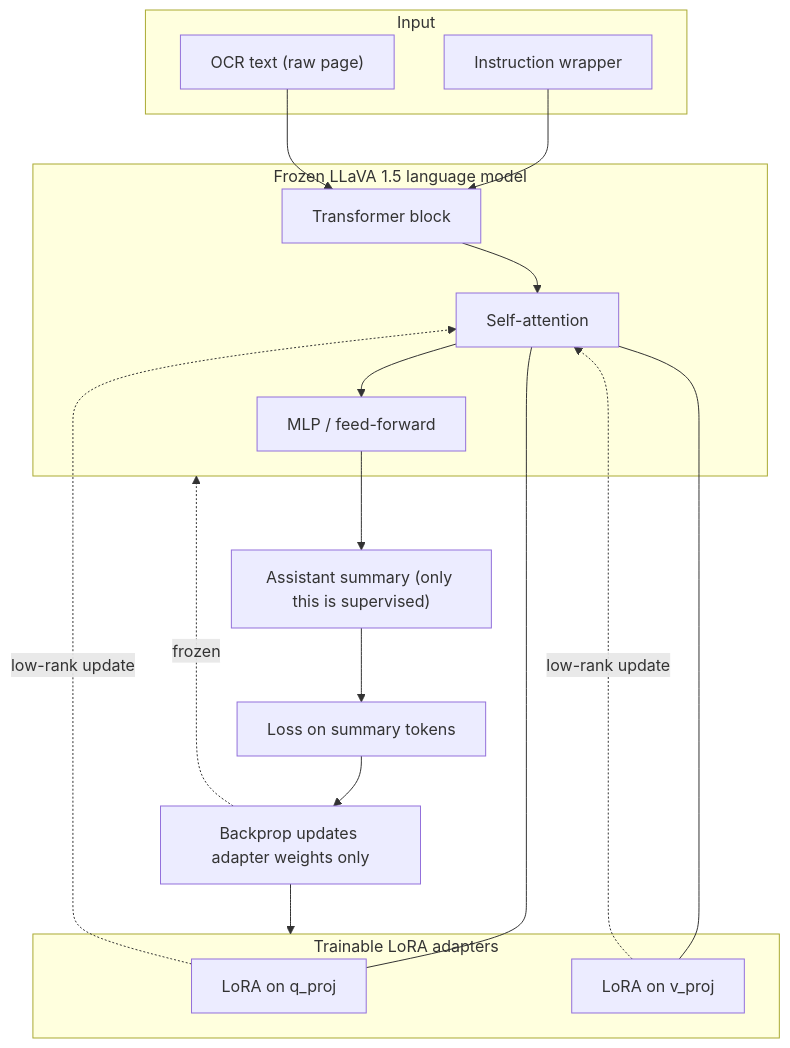
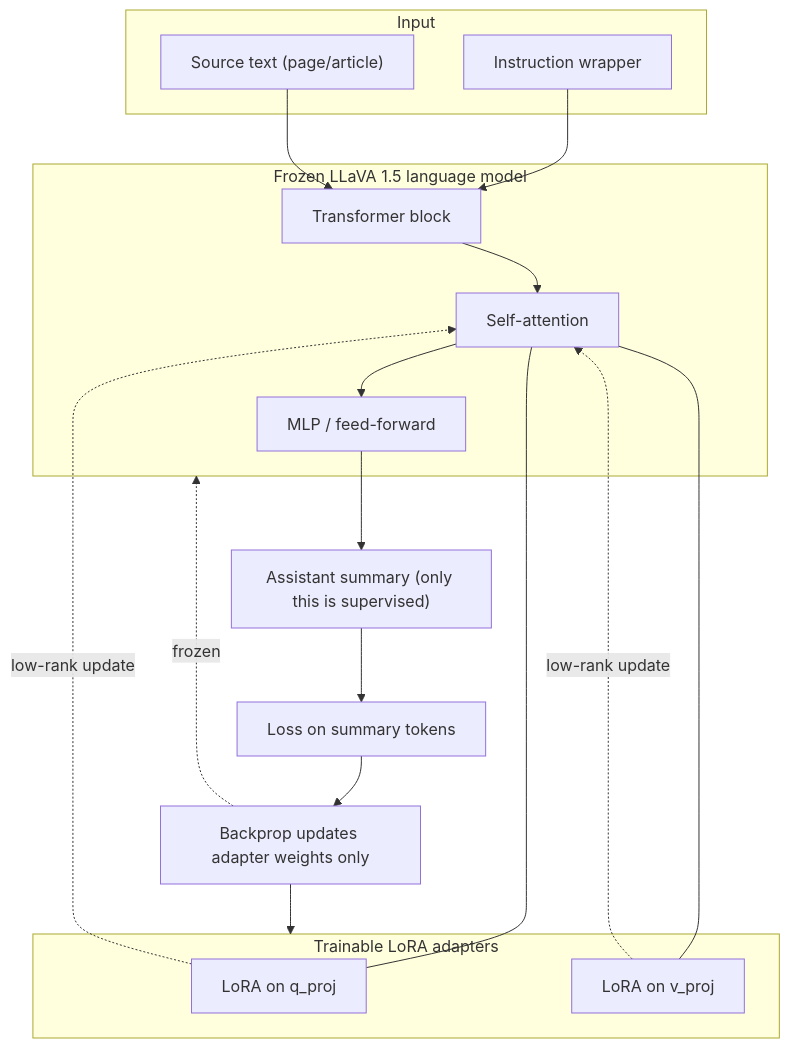
Before and after one commit to vecnode/training: the first of 2 diagrams in fine-tuning/llava15-lora/README.md, drawn with Mermaid. The commit also changed other lines of this file and 8 other files, not shown here.

First line of the commit message:
Rename OCR-specific naming to generic source-text naming in llava15-lora

````diff
--- a/fine-tuning/llava15-lora/README.md
+++ b/fine-tuning/llava15-lora/README.md
@@ -135,32 +133,32 @@
 ```mermaid
 flowchart TB
 	subgraph Input
-		T1["OCR text (raw page)"]
+		T1["Source text (page/article)"]
 		I1["Instruction wrapper"]
 	end
 
 	subgraph FrozenBase["Frozen LLaVA 1.5 language model"]
 		B1[Transformer block]
 		A1[Self-attention]
 		F1[MLP / feed-forward]
 	end
 
 	subgraph Trainable["Trainable LoRA adapters"]
 		L1[LoRA on q_proj]
 		L2[LoRA on v_proj]
 	end
 
 	O1["Assistant summary (only this is supervised)"]
 	G1[Loss on summary tokens]
 	U1[Backprop updates adapter weights only]
 
 	I1 --> B1
 	T1 --> B1 --> A1 --> F1 --> O1
 	A1 --- L1
 	A1 --- L2
 	L1 -. low-rank update .-> A1
 	L2 -. low-rank update .-> A1
 	O1 --> G1 --> U1
 	U1 -. frozen .-> FrozenBase
 	U1 --> Trainable
 ```
````
